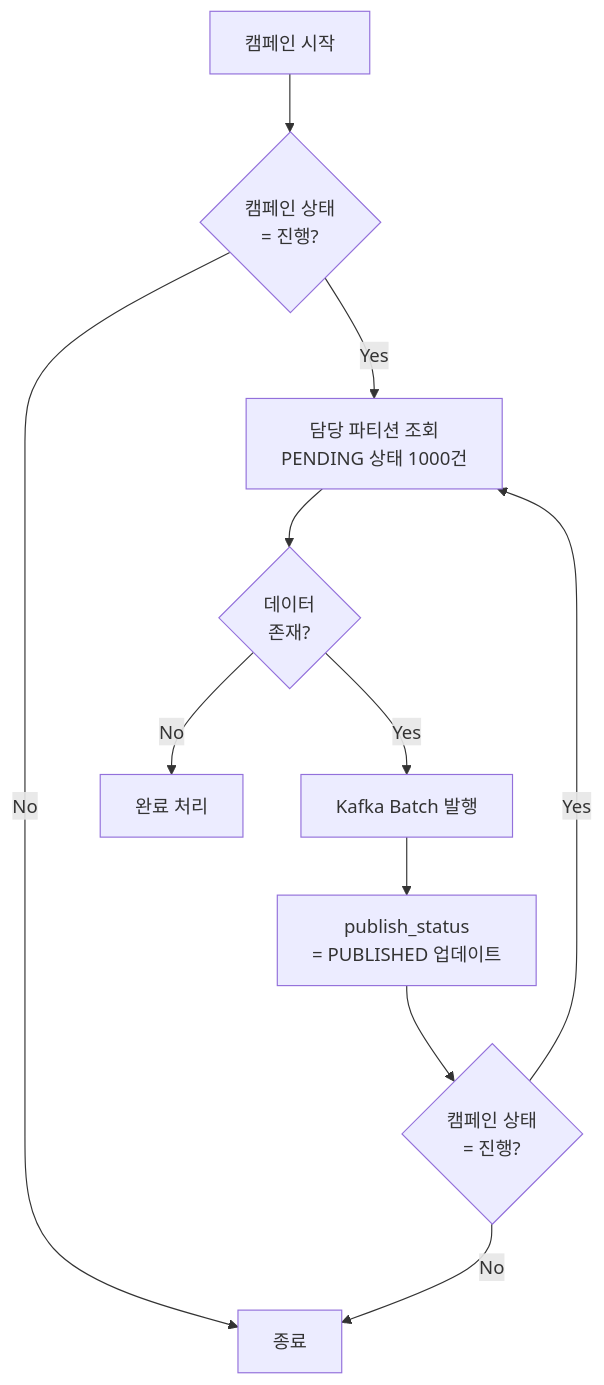
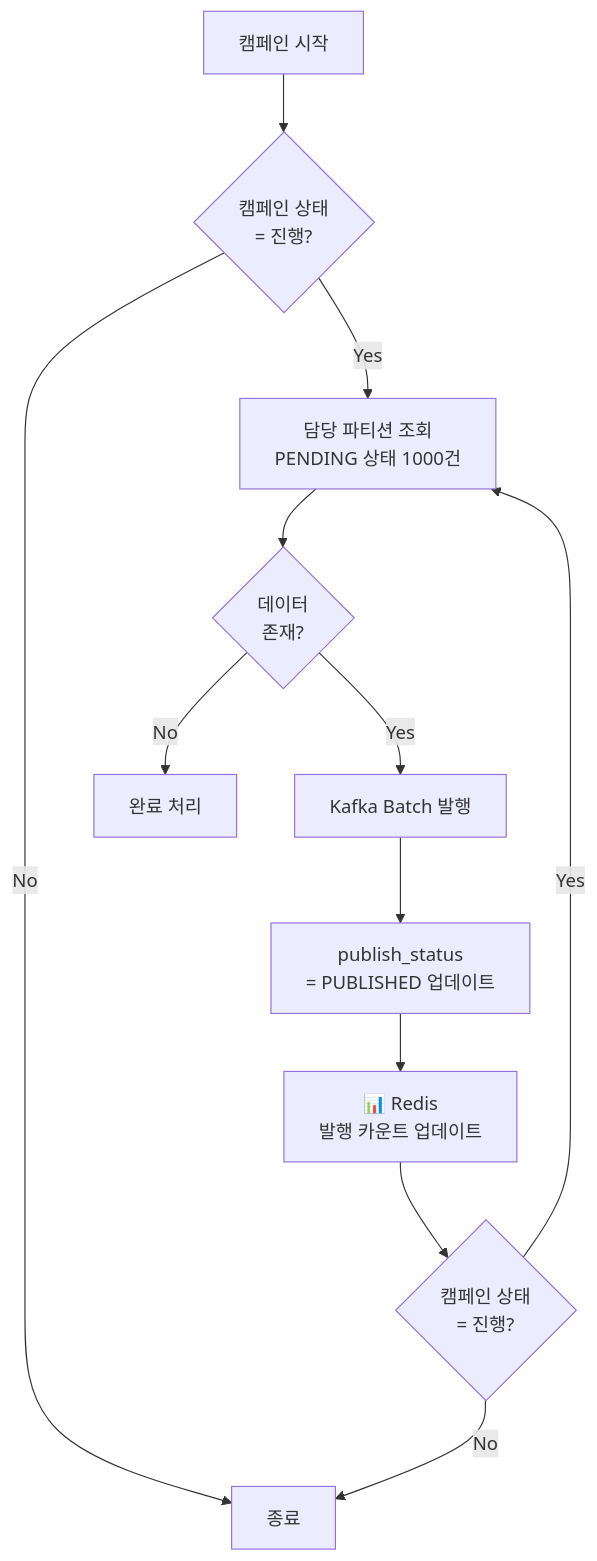
Before and after one commit to JiYoonKimjimmy/obsidian-vault: the third of 8 diagrams in 1. Project/2026_MP_대량 포인트 지급 시스템/02_Architecture.md, drawn with Mermaid. The commit also changed other lines of this file, not shown here.

````diff
--- a/1. Project/2026_MP_대량 포인트 지급 시스템/02_Architecture.md
+++ b/1. Project/2026_MP_대량 포인트 지급 시스템/02_Architecture.md
@@ -149,13 +179,14 @@
 ```mermaid
 flowchart TB
     A[캠페인 시작] --> B{캠페인 상태<br/>= 진행?}
     B -->|No| C[종료]
     B -->|Yes| D[담당 파티션 조회<br/>PENDING 상태 1000건]
     D --> E{데이터<br/>존재?}
     E -->|No| F[완료 처리]
     E -->|Yes| G[Kafka Batch 발행]
     G --> H[publish_status<br/>= PUBLISHED 업데이트]
-    H --> I{캠페인 상태<br/>= 진행?}
-    I -->|Yes| D
-    I -->|No| C
+    H --> I[📊 Redis<br/>발행 카운트 업데이트]
+    I --> J{캠페인 상태<br/>= 진행?}
+    J -->|Yes| D
+    J -->|No| C
 ```
````
